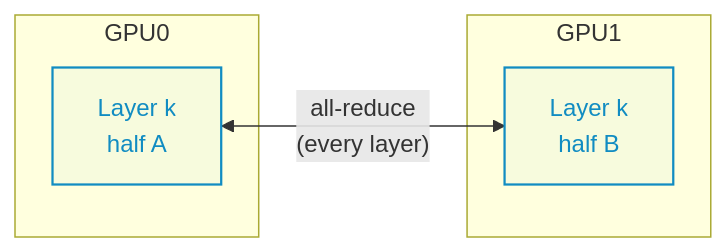
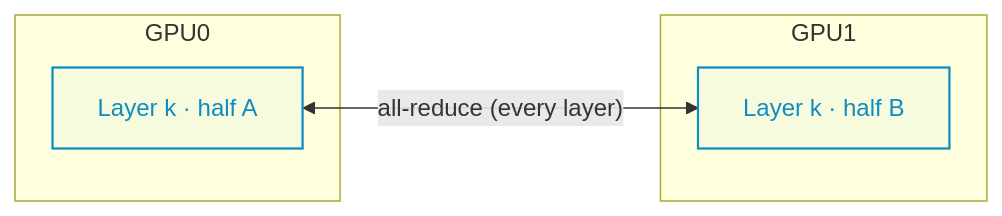
Before and after one commit to saforem2/sam.onl: the fifth of 11 diagrams in web/src/pages/talks/2026/08/03/index.mdx, drawn with Mermaid. The commit also changed other lines of this file, not shown here.

````diff
--- a/web/src/pages/talks/2026/08/03/index.mdx
+++ b/web/src/pages/talks/2026/08/03/index.mdx
@@ -670,12 +670,12 @@
 ```mermaid
 flowchart LR
     subgraph GPU0
-      A0["Layer k<br/>half A"]
+      A0["Layer k · half A"]
     end
     subgraph GPU1
-      A1["Layer k<br/>half B"]
+      A1["Layer k · half B"]
     end
-    A0 <-->|"all-reduce<br/>(every layer)"| A1
+    A0 <-->|"all-reduce (every layer)"| A1
     classDef t fill:#118cc208,stroke:#118cc2,color:#118cc2,stroke-width:1.5px
     class A0,A1 t
 ```
````
